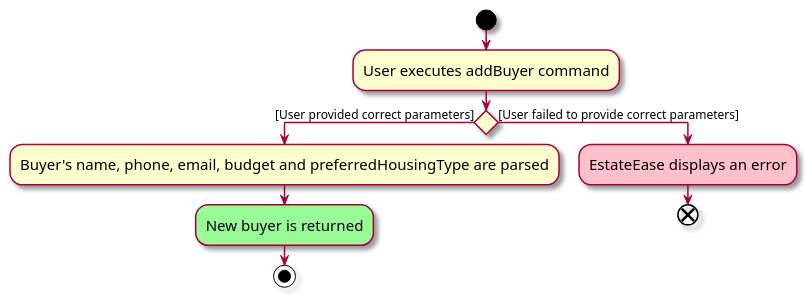
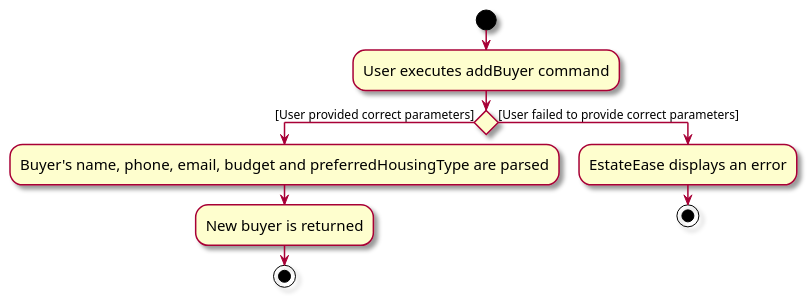
The diagram in diagrams/AddBuyerActivityDiagram.puml (lokidoki102/tp), drawn with PlantUML before and after one commit. The commit also changed 35 other files, not shown here.

```diff
--- a/diagrams/AddBuyerActivityDiagram.puml
+++ b/diagrams/AddBuyerActivityDiagram.puml
@@ -1,16 +1,17 @@
 @startuml
 skin rose
 skinparam ActivityFontSize 15
 skinparam ArrowFontSize 12
 
+'@@author zengzihui
 start
 :User executes addBuyer command;
 
 if () then ([User provided correct parameters])
 :Buyer's name, phone, email, budget and preferredHousingType are parsed;
-#palegreen:New buyer is returned;
+    :New buyer is returned;
 stop
 else([User failed to provide correct parameters])
-#pink:EstateEase displays an error;
-end
+    :EstateEase displays an error;
+stop
 @enduml
```
